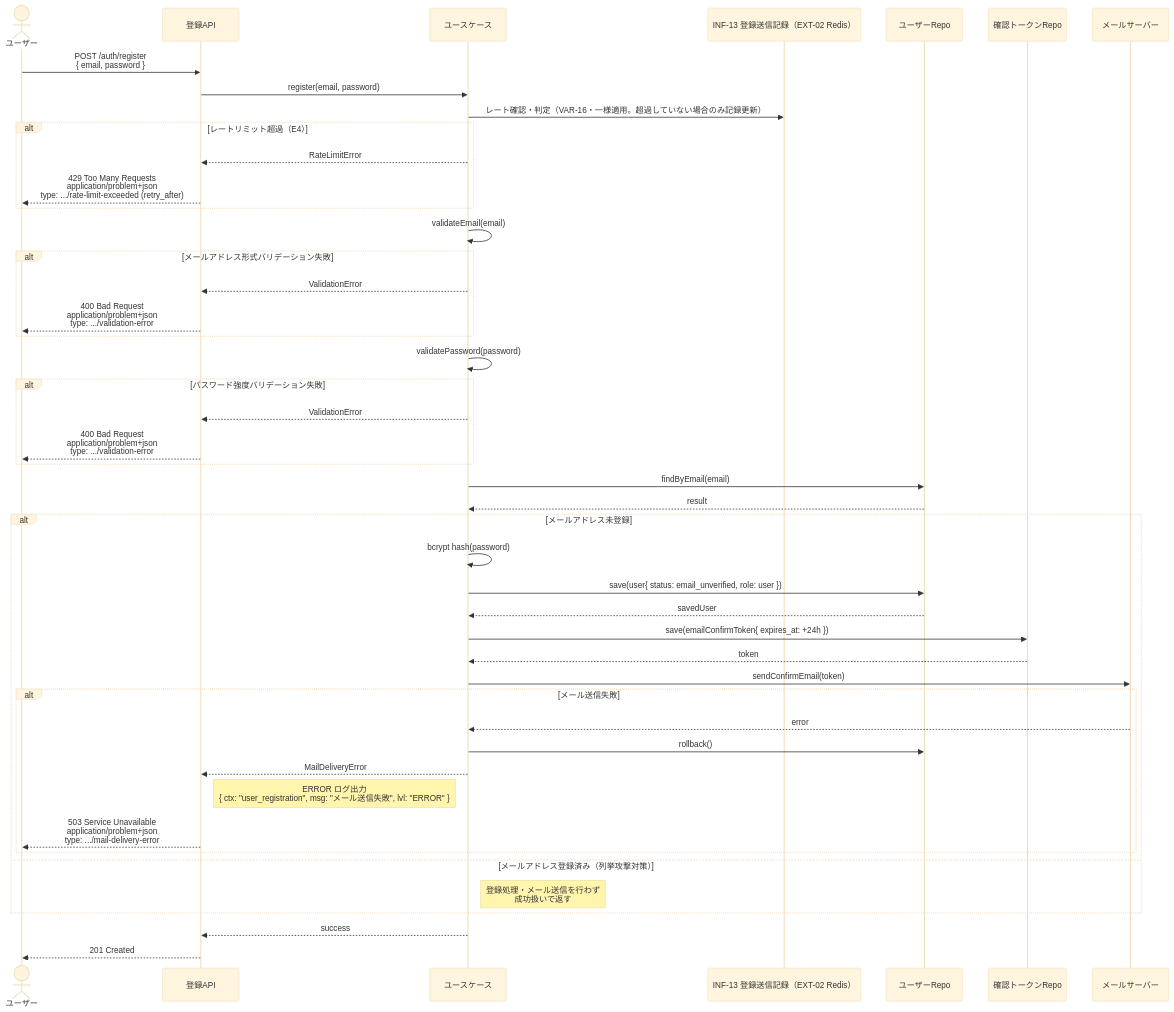
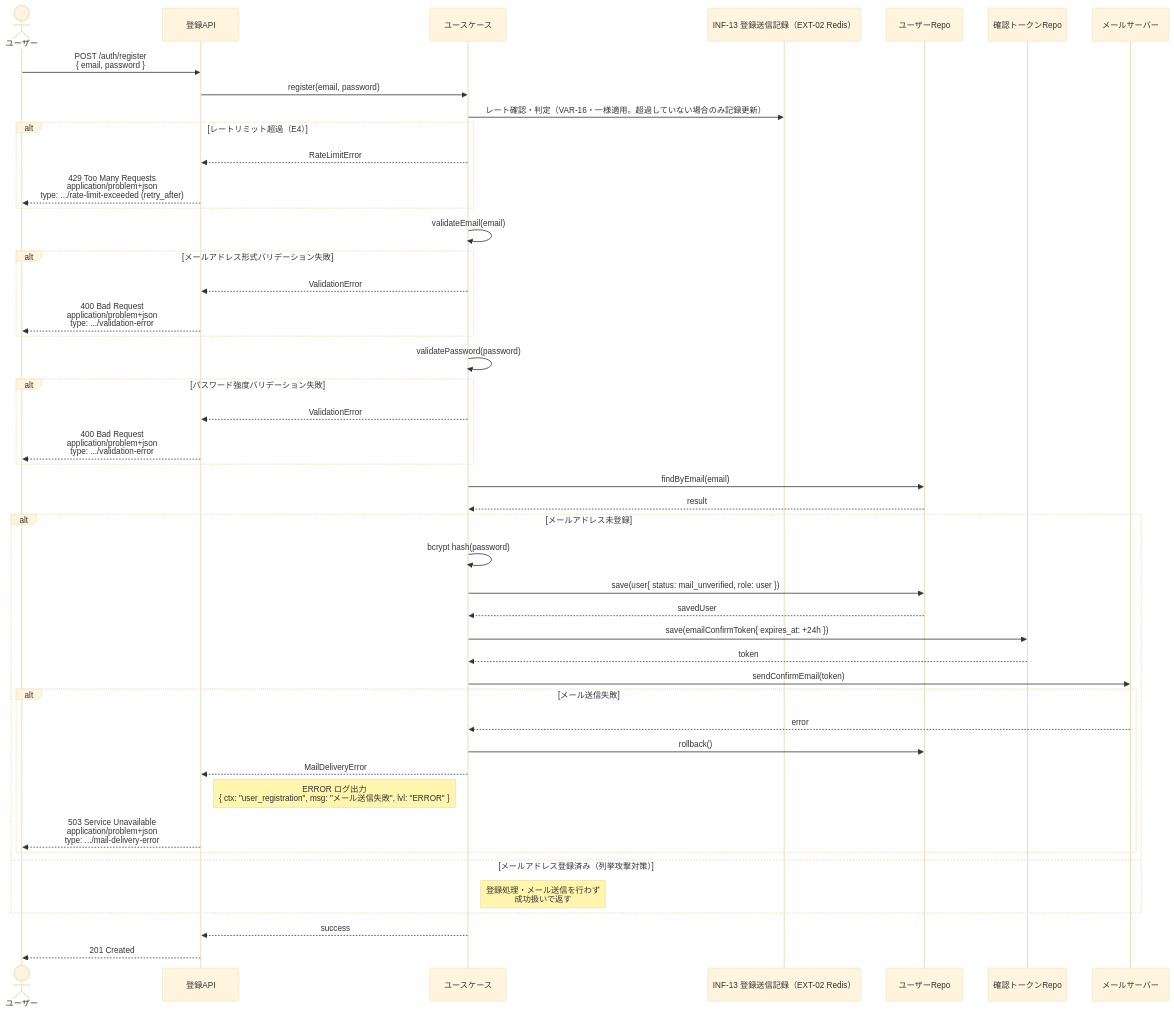
The second of 2 diagrams in .docs/design/buc/BUC-U01.md (suunet/POC_HYDRA_AUTH), drawn with Mermaid (base theme) before and after one commit. The commit also changed other lines of this file and 2 other files, not shown here.

Commit message:
docs(T-011): cycle 2 - BUC群のstatus値をSTM-01英語IDへ是正（6行）

````diff
--- a/.docs/design/buc/BUC-U01.md
+++ b/.docs/design/buc/BUC-U01.md
@@ -124,48 +124,48 @@
 ```mermaid
 sequenceDiagram
   actor User as ユーザー
   participant RegisterAPI as 登録API
   participant UseCase as ユースケース
   participant Rate as INF-13 登録送信記録（EXT-02 Redis）
   participant UserRepo as ユーザーRepo
   participant TokenRepo as 確認トークンRepo
   participant MailServer as メールサーバー
   User->>RegisterAPI: POST /auth/register<br/>{ email, password }
   RegisterAPI->>UseCase: register(email, password)
   UseCase->>Rate: レート確認・判定（VAR-16・一様適用。超過していない場合のみ記録更新）
   alt レートリミット超過（E4）
   UseCase-->>RegisterAPI: RateLimitError
   RegisterAPI-->>User: 429 Too Many Requests<br/>application/problem+json<br/>type: .../rate-limit-exceeded (retry_after)
   end
   UseCase->>UseCase: validateEmail(email)
   alt メールアドレス形式バリデーション失敗
   UseCase-->>RegisterAPI: ValidationError
   RegisterAPI-->>User: 400 Bad Request<br/>application/problem+json<br/>type: .../validation-error
   end
   UseCase->>UseCase: validatePassword(password)
   alt パスワード強度バリデーション失敗
   UseCase-->>RegisterAPI: ValidationError
   RegisterAPI-->>User: 400 Bad Request<br/>application/problem+json<br/>type: .../validation-error
   end
   UseCase->>UserRepo: findByEmail(email)
   UserRepo-->>UseCase: result
   alt メールアドレス未登録
   UseCase->>UseCase: bcrypt hash(password)
-  UseCase->>UserRepo: save(user{ status: email_unverified, role: user })
+  UseCase->>UserRepo: save(user{ status: mail_unverified, role: user })
   UserRepo-->>UseCase: savedUser
   UseCase->>TokenRepo: save(emailConfirmToken{ expires_at: +24h })
   TokenRepo-->>UseCase: token
   UseCase->>MailServer: sendConfirmEmail(token)
   alt メール送信失敗
   MailServer-->>UseCase: error
   UseCase->>UserRepo: rollback()
   UseCase-->>RegisterAPI: MailDeliveryError
   Note right of RegisterAPI: ERROR ログ出力<br/>{ ctx: "user_registration", msg: "メール送信失敗", lvl: "ERROR" }
   RegisterAPI-->>User: 503 Service Unavailable<br/>application/problem+json<br/>type: .../mail-delivery-error
   end
   else メールアドレス登録済み（列挙攻撃対策）
   Note right of UseCase: 登録処理・メール送信を行わず<br/>成功扱いで返す
   end
   UseCase-->>RegisterAPI: success
   RegisterAPI-->>User: 201 Created
 ```
````
